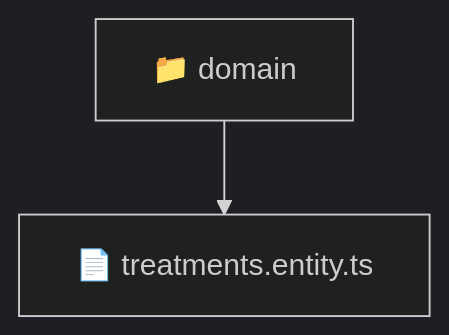
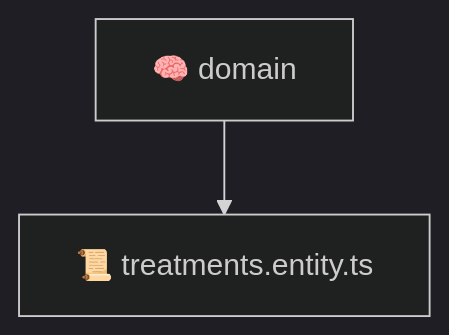
One commit to beginwebdev2002/fullstack-mavluda changed the diagram in backend/src/modules/treatments/domain/README.md. Above: the diagram before and after it, drawn with Mermaid (dark theme). The commit also changed other lines of this file and 163 other files, not shown here.

````diff
--- a/backend/src/modules/treatments/domain/README.md
+++ b/backend/src/modules/treatments/domain/README.md
@@ -9,5 +9,5 @@
 ```mermaid
 graph TD
-  Root["📁 domain"]
-  Root --> treatments_entity_ts["📄 treatments.entity.ts"]
+  domain["🧠 domain"]
+  domain --> treatments_entity_ts["📜 treatments.entity.ts"]
 ```
````
